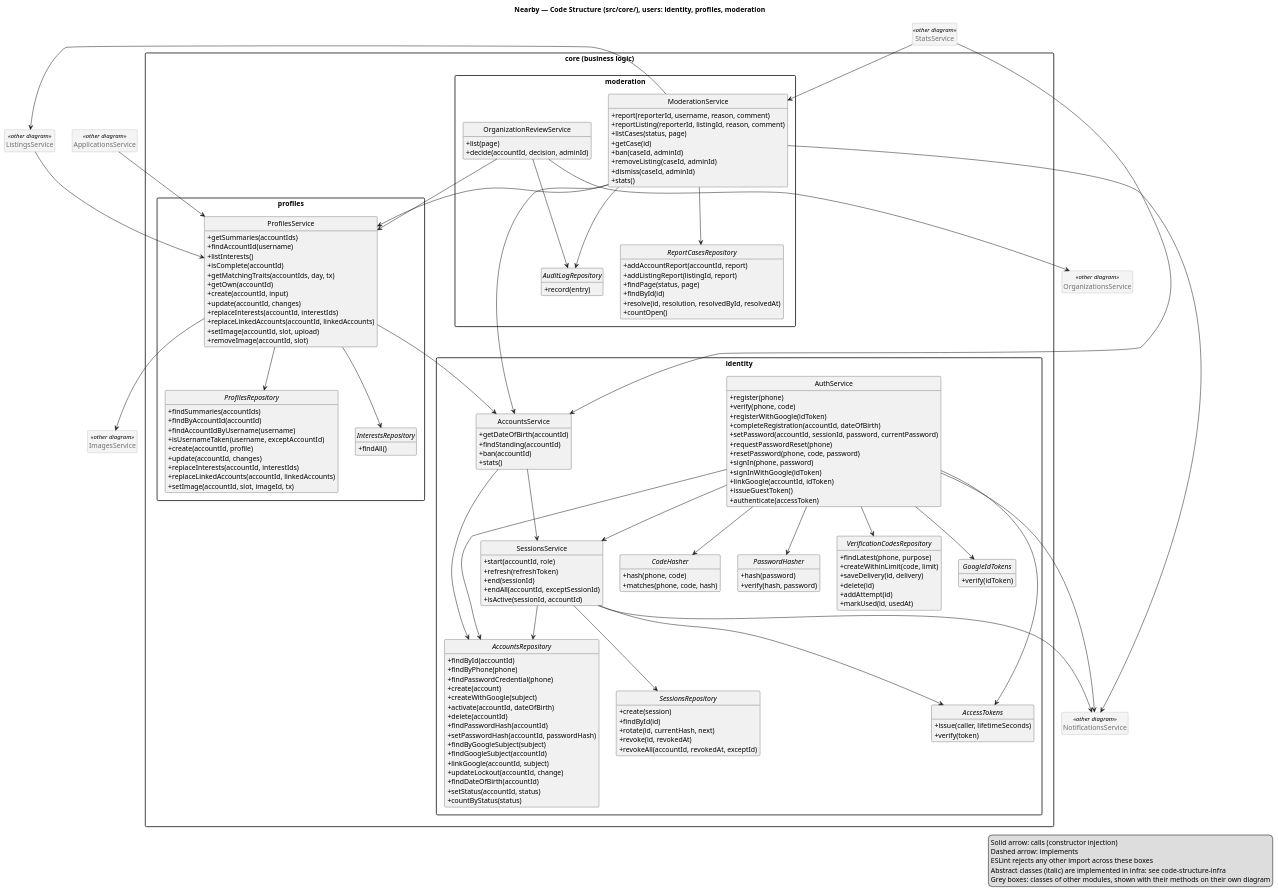
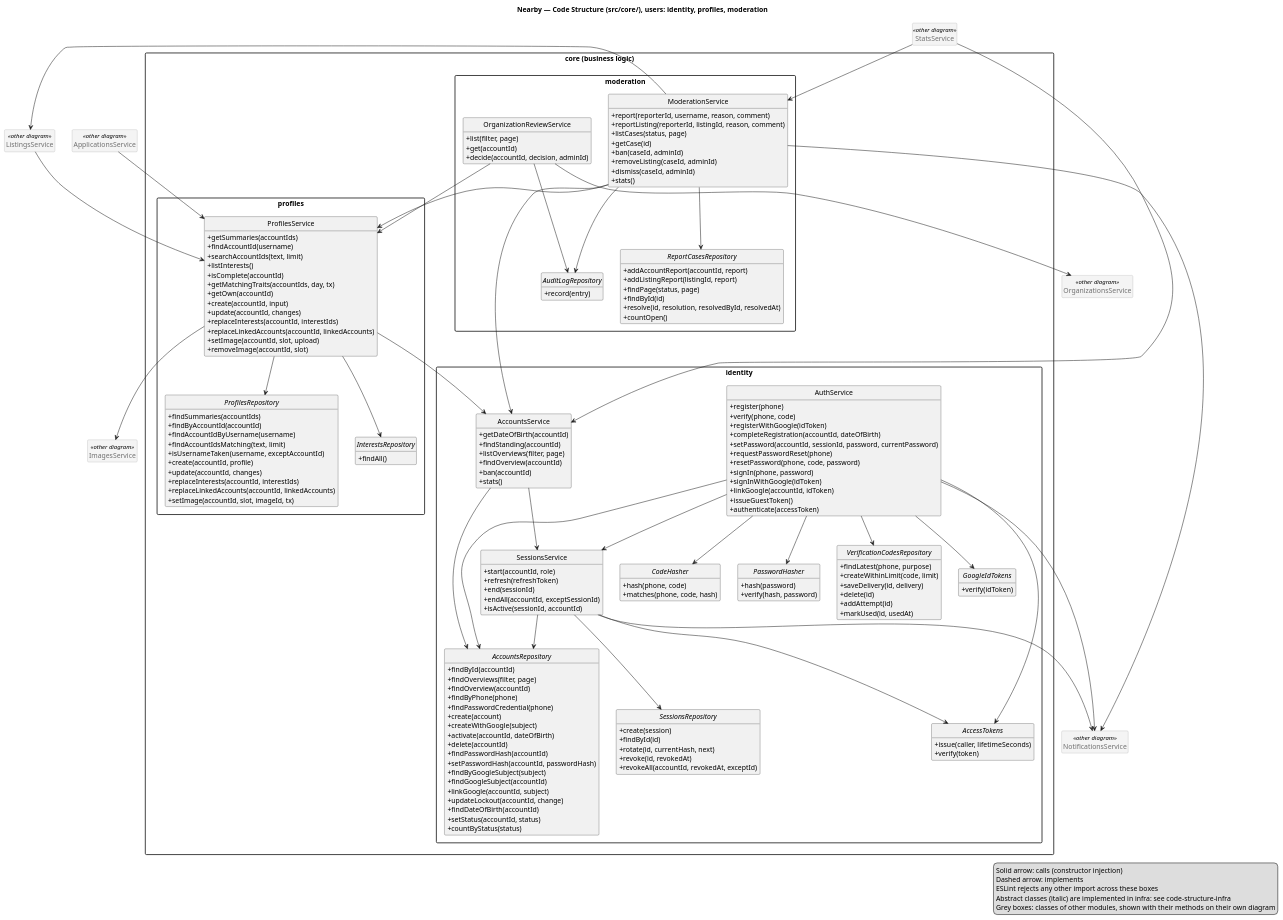
Before and after one commit to ukma-fin-ssdm-2026/pun-intended-team: the diagram in docs/architecture/uml/code-structure-core-users.puml, drawn with PlantUML. The commit also changed 85 other files, not shown here.

```diff
--- a/docs/architecture/uml/code-structure-core-users.puml
+++ b/docs/architecture/uml/code-structure-core-users.puml
@@ -35,6 +35,8 @@
     class AccountsService {
       +getDateOfBirth(accountId)
       +findStanding(accountId)
+      +listOverviews(filter, page)
+      +findOverview(accountId)
       +ban(accountId)
       +stats()
     }
@@ -47,6 +49,8 @@
     }
     abstract class AccountsRepository {
       +findById(accountId)
+      +findOverviews(filter, page)
+      +findOverview(accountId)
       +findByPhone(phone)
       +findPasswordCredential(phone)
       +create(account)
@@ -98,6 +102,7 @@
     class ProfilesService {
       +getSummaries(accountIds)
       +findAccountId(username)
+      +searchAccountIds(text, limit)
       +listInterests()
       +isComplete(accountId)
       +getMatchingTraits(accountIds, day, tx)
@@ -113,6 +118,7 @@
       +findSummaries(accountIds)
       +findByAccountId(accountId)
       +findAccountIdByUsername(username)
+      +findAccountIdsMatching(text, limit)
       +isUsernameTaken(username, exceptAccountId)
       +create(accountId, profile)
       +update(accountId, changes)
@@ -136,7 +142,8 @@
       +stats()
     }
     class OrganizationReviewService {
-      +list(page)
+      +list(filter, page)
+      +get(accountId)
       +decide(accountId, decision, adminId)
     }
     abstract class ReportCasesRepository {
```
